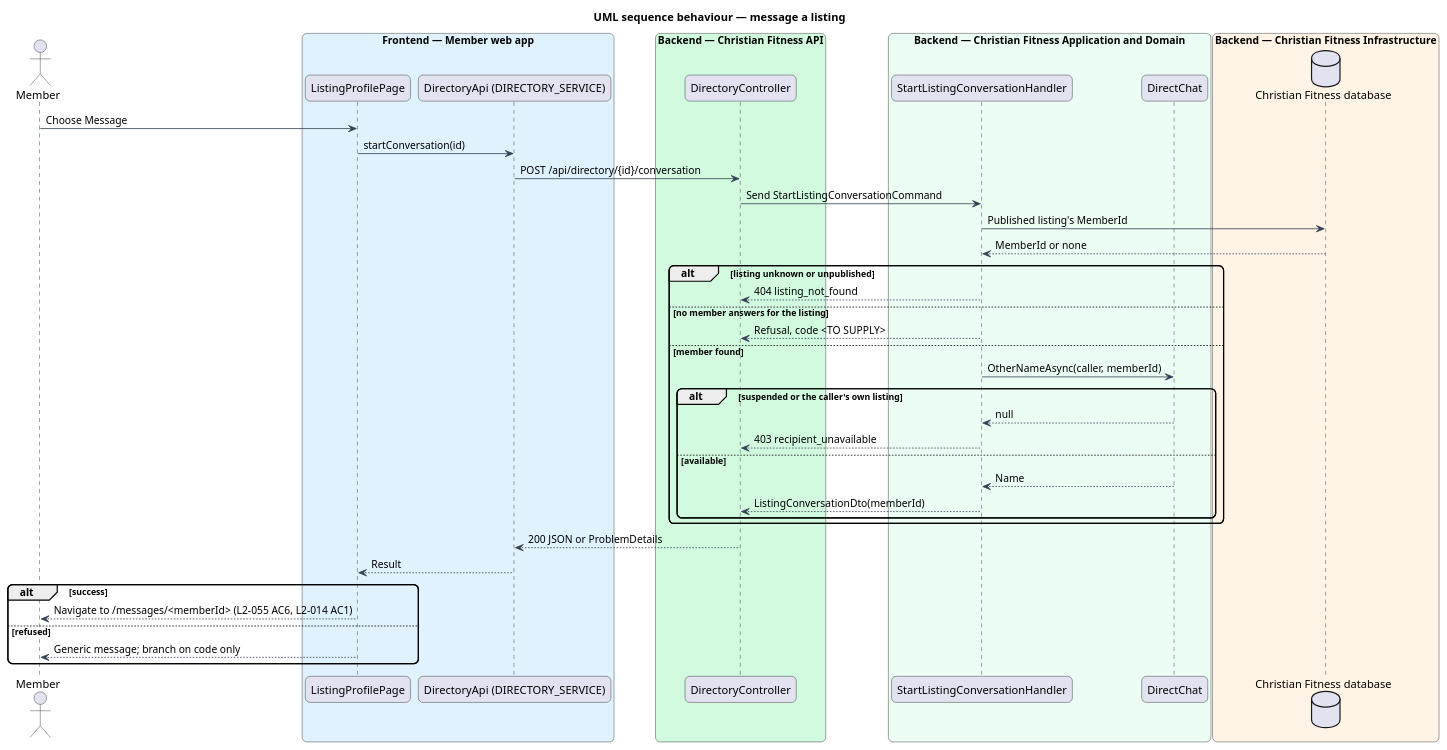
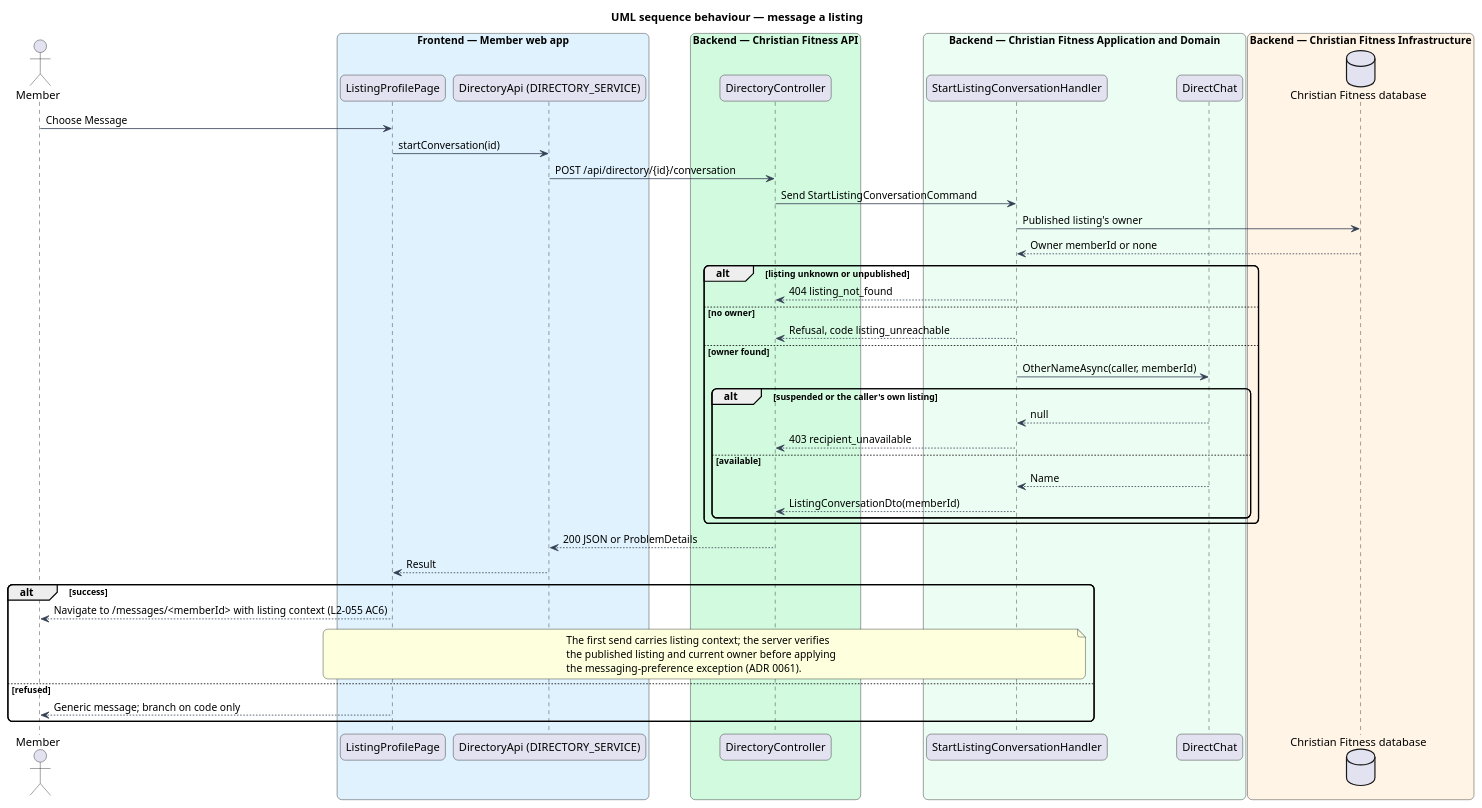
One commit to QuinntyneBrown/christian-fitness changed the diagram in docs/detailed-designs/directory/view-listing-profile/diagrams/sequence-message.puml. Above: the diagram before and after it, drawn with PlantUML. The commit also changed 14 other files, not shown here.

```diff
--- a/docs/detailed-designs/directory/view-listing-profile/diagrams/sequence-message.puml
+++ b/docs/detailed-designs/directory/view-listing-profile/diagrams/sequence-message.puml
@@ -1,50 +1,55 @@
 @startuml
 title UML sequence behaviour — message a listing
 skinparam backgroundColor #FFFFFF
 skinparam shadowing false
 skinparam roundcorner 12
 skinparam defaultFontName Arial
 skinparam ArrowColor #344054
 actor "Member" as actor
 box "Frontend — Member web app" #E0F2FE
   participant "ListingProfilePage" as page
   participant "DirectoryApi (DIRECTORY_SERVICE)" as client
 end box
 box "Backend — Christian Fitness API" #D1FADF
   participant "DirectoryController" as ctrl
 end box
 box "Backend — Christian Fitness Application and Domain" #ECFDF3
   participant "StartListingConversationHandler" as h
   participant "DirectChat" as chat
 end box
 box "Backend — Christian Fitness Infrastructure" #FFF4E5
   database "Christian Fitness database" as db
 end box
 actor -> page : Choose Message
 page -> client : startConversation(id)
 client -> ctrl : POST /api/directory/{id}/conversation
 ctrl -> h : Send StartListingConversationCommand
-h -> db : Published listing's MemberId
-db --> h : MemberId or none
+h -> db : Published listing's owner
+db --> h : Owner memberId or none
 alt listing unknown or unpublished
   h --> ctrl : 404 listing_not_found
-else no member answers for the listing
-  h --> ctrl : Refusal, code <TO SUPPLY>
-else member found
+else no owner
+  h --> ctrl : Refusal, code listing_unreachable
+else owner found
   h -> chat : OtherNameAsync(caller, memberId)
   alt suspended or the caller's own listing
     chat --> h : null
     h --> ctrl : 403 recipient_unavailable
   else available
     chat --> h : Name
     h --> ctrl : ListingConversationDto(memberId)
   end
 end
 ctrl --> client : 200 JSON or ProblemDetails
 client --> page : Result
 alt success
-  page --> actor : Navigate to /messages/<memberId> (L2-055 AC6, L2-014 AC1)
+  page --> actor : Navigate to /messages/<memberId> with listing context (L2-055 AC6)
+  note over page, h
+    The first send carries listing context; the server verifies
+    the published listing and current owner before applying
+    the messaging-preference exception (ADR 0061).
+  end note
 else refused
   page --> actor : Generic message; branch on code only
 end
 @enduml
```
